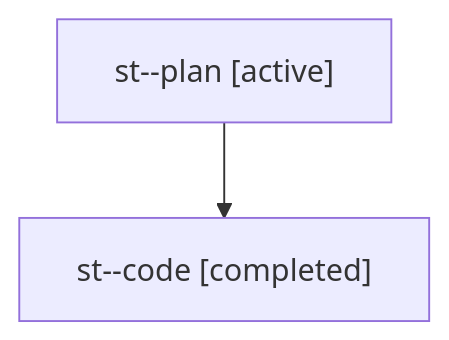
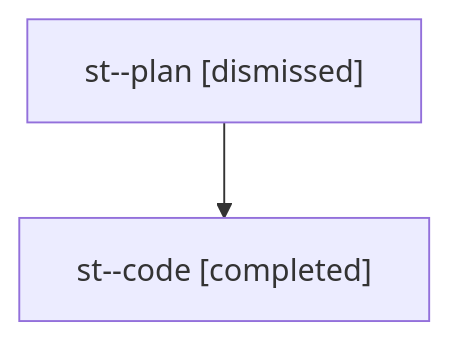
One commit to bobs-org/bob-cli--agents changed the diagram in sessions/bbugyi200.athena.st.md. Above: the diagram before and after it, drawn with Mermaid. The commit also changed other lines of this file and 28 other files, not shown here.

````diff
--- a/sessions/bbugyi200.athena.st.md
+++ b/sessions/bbugyi200.athena.st.md
@@ -9,6 +9,6 @@
 ```mermaid
 flowchart TD
-  n0["st--plan [active]"]
+  n0["st--plan [dismissed]"]
   n1["st--code [completed]"]
   n0 --> n1
 ```
````
